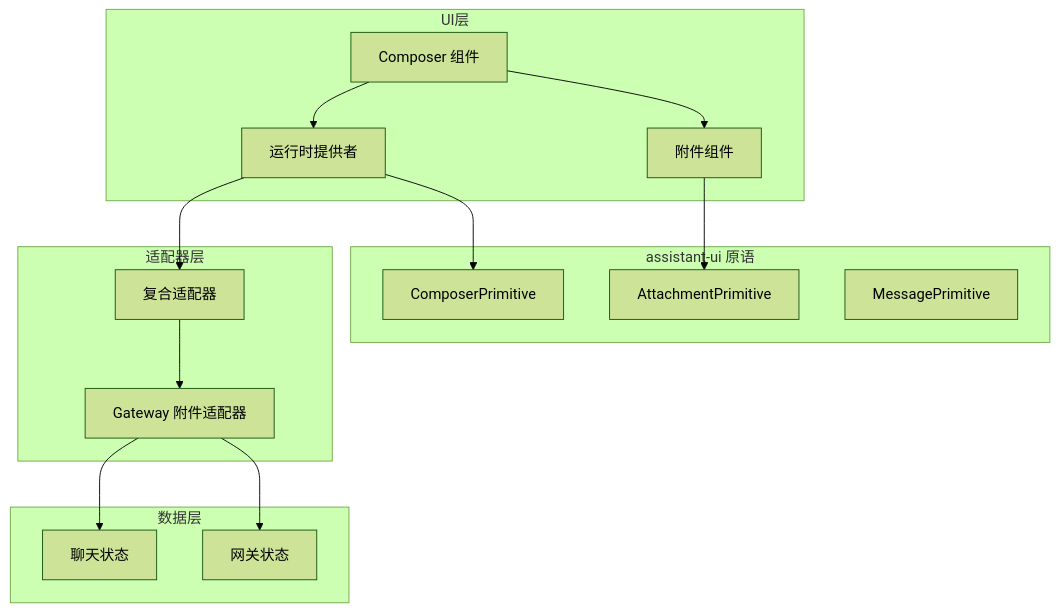
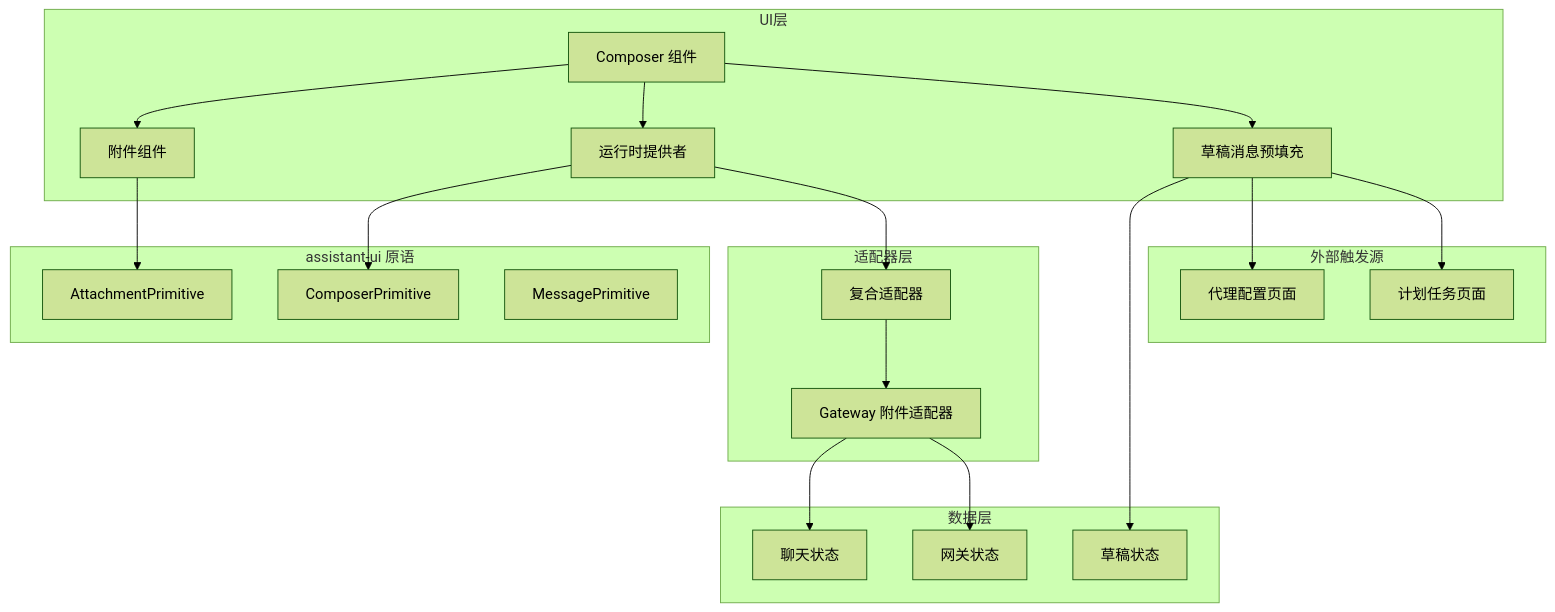
One commit to verse-ai-org/openclaw changed the first of 12 diagrams in .qoder/repowiki/zh/content/Composer Component.md. Above: the diagram before and after it, drawn with Mermaid (forest theme). The commit also changed other lines of this file and 55 other files, not shown here.

````diff
--- a/.qoder/repowiki/zh/content/Composer Component.md
+++ b/.qoder/repowiki/zh/content/Composer Component.md
@@ -46,29 +53,39 @@
 ```mermaid
 graph TB
 subgraph "UI层"
 Composer[Composer 组件]
 Attachment[附件组件]
 RuntimeProvider[运行时提供者]
+DraftPrefill[草稿消息预填充]
 end
 subgraph "assistant-ui 原语"
 ComposerPrimitive[ComposerPrimitive]
 AttachmentPrimitive[AttachmentPrimitive]
 MessagePrimitive[MessagePrimitive]
 end
 subgraph "适配器层"
 GatewayAdapter[Gateway 附件适配器]
 CompositeAdapter[复合适配器]
 end
 subgraph "数据层"
 ChatStore[聊天状态]
 GatewayStore[网关状态]
+DraftStore[草稿状态]
+end
+subgraph "外部触发源"
+AgentProfile[代理配置页面]
+ScheduledTasks[计划任务页面]
 end
 Composer --> Attachment
 Composer --> RuntimeProvider
+Composer --> DraftPrefill
 Attachment --> AttachmentPrimitive
 RuntimeProvider --> ComposerPrimitive
 RuntimeProvider --> CompositeAdapter
 CompositeAdapter --> GatewayAdapter
 GatewayAdapter --> ChatStore
 GatewayAdapter --> GatewayStore
+DraftPrefill --> DraftStore
+DraftPrefill --> AgentProfile
+DraftPrefill --> ScheduledTasks
 ```
````
